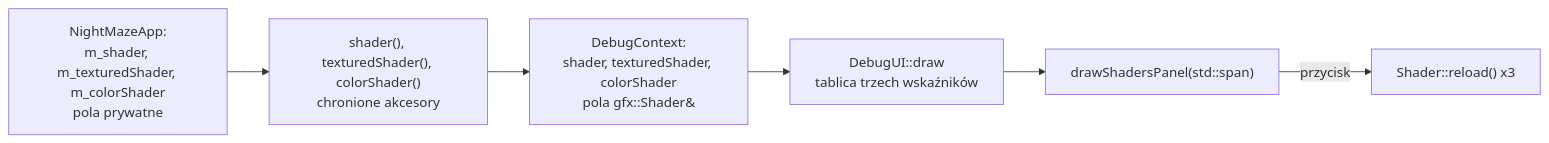
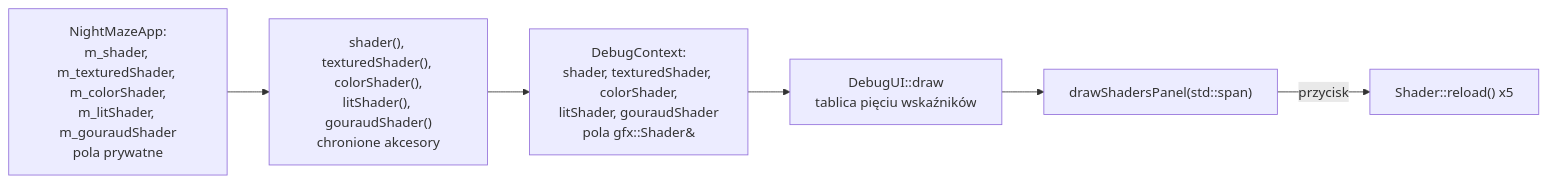
The second of 3 diagrams in docs/modules/gfx/shader-hot-reload.md (Shironex/night-maze), drawn with Mermaid before and after one commit. The commit also changed other lines of this file and 52 other files, not shown here.

````diff
--- a/docs/modules/gfx/shader-hot-reload.md
+++ b/docs/modules/gfx/shader-hot-reload.md
@@ -267,8 +305,8 @@
 ```mermaid
 flowchart LR
-    Field["NightMazeApp:<br/>m_shader, m_texturedShader, m_colorShader<br/>pola prywatne"] --> Acc["shader(), texturedShader(), colorShader()<br/>chronione akcesory"]
-    Acc --> Ctx["DebugContext:<br/>shader, texturedShader, colorShader<br/>pola gfx::Shader&"]
-    Ctx --> Draw["DebugUI::draw<br/>tablica trzech wskaźników"]
+    Field["NightMazeApp:<br/>m_shader, m_texturedShader, m_colorShader,<br/>m_litShader, m_gouraudShader<br/>pola prywatne"] --> Acc["shader(), texturedShader(), colorShader(),<br/>litShader(), gouraudShader()<br/>chronione akcesory"]
+    Acc --> Ctx["DebugContext:<br/>shader, texturedShader, colorShader,<br/>litShader, gouraudShader<br/>pola gfx::Shader&"]
+    Ctx --> Draw["DebugUI::draw<br/>tablica pięciu wskaźników"]
     Draw --> Panel["drawShadersPanel(std::span)"]
-    Panel -->|"przycisk"| Reload["Shader::reload() x3"]
+    Panel -->|"przycisk"| Reload["Shader::reload() x5"]
 ```
````
